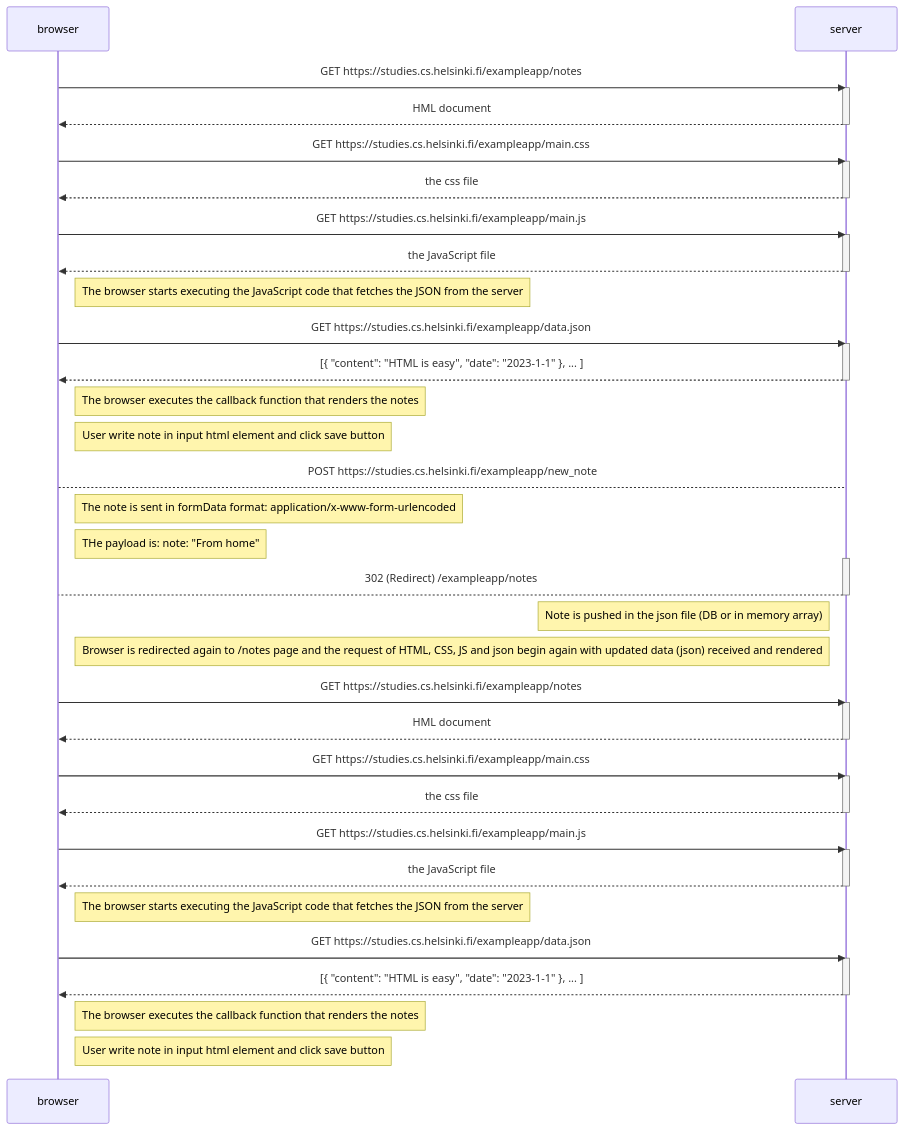
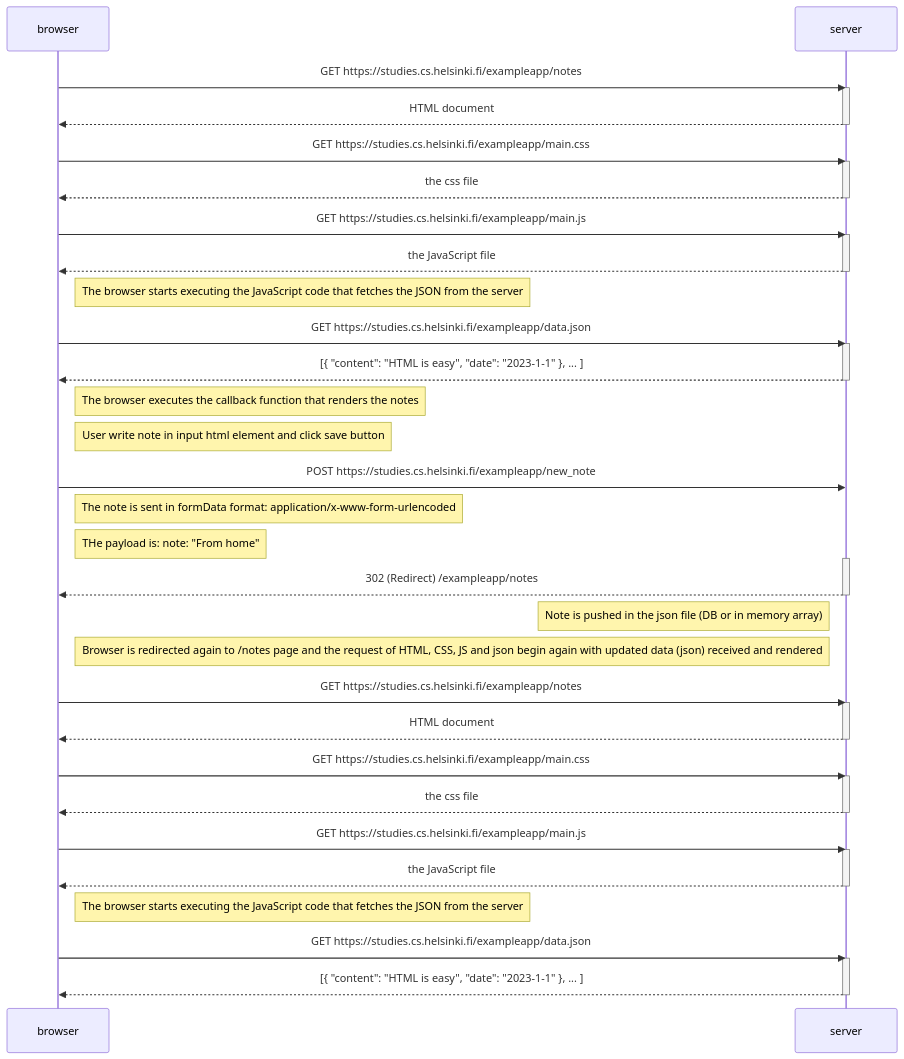
The diagram in 0.4-NewNoteDiagram/README.md (gusanchefullstack/fs-part-0), drawn with Mermaid before and after one commit.

Commit message:
Corrige errores tipográficos en el diagrama de secuencia del archivo README.md, cambiando "HML document" a "HTML document" y ajustando la dirección de las flechas en las interacciones del servidor y el navegador.

````diff
--- a/0.4-NewNoteDiagram/README.md
+++ b/0.4-NewNoteDiagram/README.md
@@ -1,65 +1,62 @@
 ```mermaid
 sequenceDiagram
     participant browser
     participant server
 
     browser->>server: GET https://studies.cs.helsinki.fi/exampleapp/notes
     activate server
-    server-->>browser: HML document
+    server-->>browser: HTML document
     deactivate server
 
     browser->>server: GET https://studies.cs.helsinki.fi/exampleapp/main.css
     activate server
     server-->>browser: the css file
     deactivate server
 
     browser->>server: GET https://studies.cs.helsinki.fi/exampleapp/main.js
     activate server
     server-->>browser: the JavaScript file
     deactivate server
 
     Note right of browser: The browser starts executing the JavaScript code that fetches the JSON from the server
 
     browser->>server: GET https://studies.cs.helsinki.fi/exampleapp/data.json
     activate server
     server-->>browser: [{ "content": "HTML is easy", "date": "2023-1-1" }, ... ]
     deactivate server
 
     Note right of browser: The browser executes the callback function that renders the notes
     
     Note right of browser: User write note in input html element and click save button
 
-    browser-->server: POST https://studies.cs.helsinki.fi/exampleapp/new_note
+    browser->>server: POST https://studies.cs.helsinki.fi/exampleapp/new_note
     Note right of browser: The note is sent in formData format: application/x-www-form-urlencoded
     Note right of browser: THe payload is: note: "From home"
     activate server
-    server-->browser: 302 (Redirect) /exampleapp/notes
+    server-->>browser: 302 (Redirect) /exampleapp/notes
     deactivate server
     Note left of server: Note is pushed in the json file (DB or in memory array)
     Note right of browser: Browser is redirected again to /notes page and the request of HTML, CSS, JS and json begin again with updated data (json) received and rendered
     browser->>server: GET https://studies.cs.helsinki.fi/exampleapp/notes
     activate server
-    server-->>browser: HML document
+    server-->>browser: HTML document
     deactivate server
 
     browser->>server: GET https://studies.cs.helsinki.fi/exampleapp/main.css
     activate server
     server-->>browser: the css file
     deactivate server
 
     browser->>server: GET https://studies.cs.helsinki.fi/exampleapp/main.js
     activate server
     server-->>browser: the JavaScript file
     deactivate server
 
     Note right of browser: The browser starts executing the JavaScript code that fetches the JSON from the server
 
     browser->>server: GET https://studies.cs.helsinki.fi/exampleapp/data.json
     activate server
     server-->>browser: [{ "content": "HTML is easy", "date": "2023-1-1" }, ... ]
     deactivate server
 
-    Note right of browser: The browser executes the callback function that renders the notes
-    
-    Note right of browser: User write note in input html element and click save button
 ```
````
